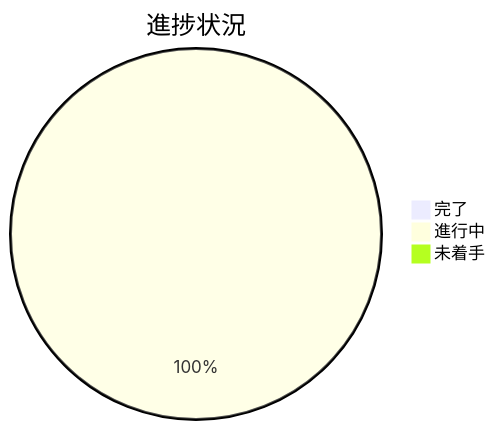
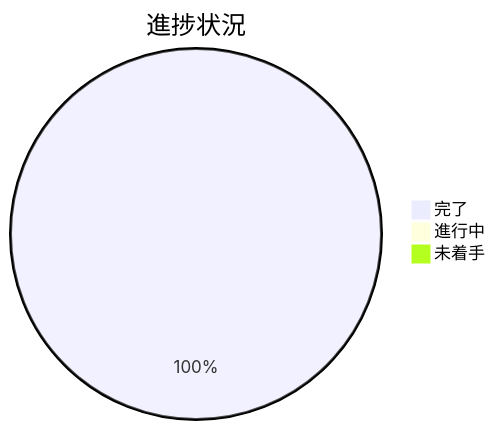
The diagram in docs/maintainer/workflow/20260716_013937_worktree運用規律/90_issues.md (techbeansjp-free/AGENTS.md), drawn with Mermaid before and after one commit. The commit also changed other lines of this file and 1 other file, not shown here.

````diff
--- a/docs/maintainer/workflow/20260716_013937_worktree運用規律/90_issues.md
+++ b/docs/maintainer/workflow/20260716_013937_worktree運用規律/90_issues.md
@@ -33,6 +33,6 @@
 ```mermaid
 pie title 進捗状況
-    "完了" : 0
-    "進行中" : 1
+    "完了" : 1
+    "進行中" : 0
     "未着手" : 0
 ```
````
